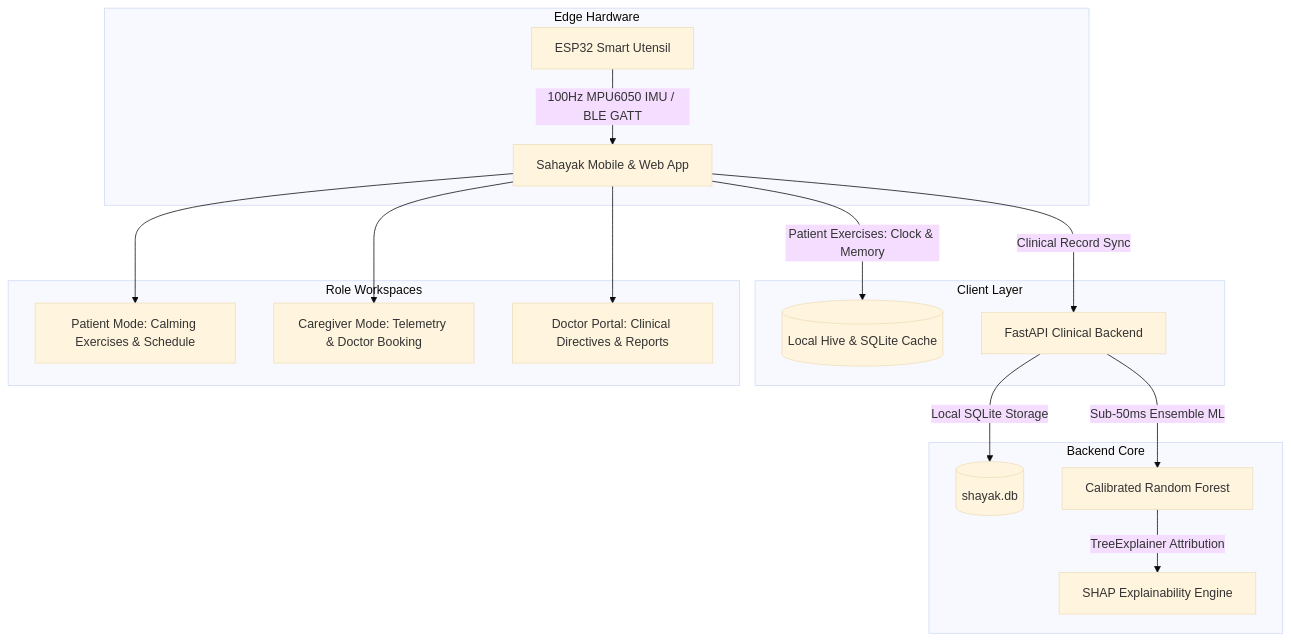
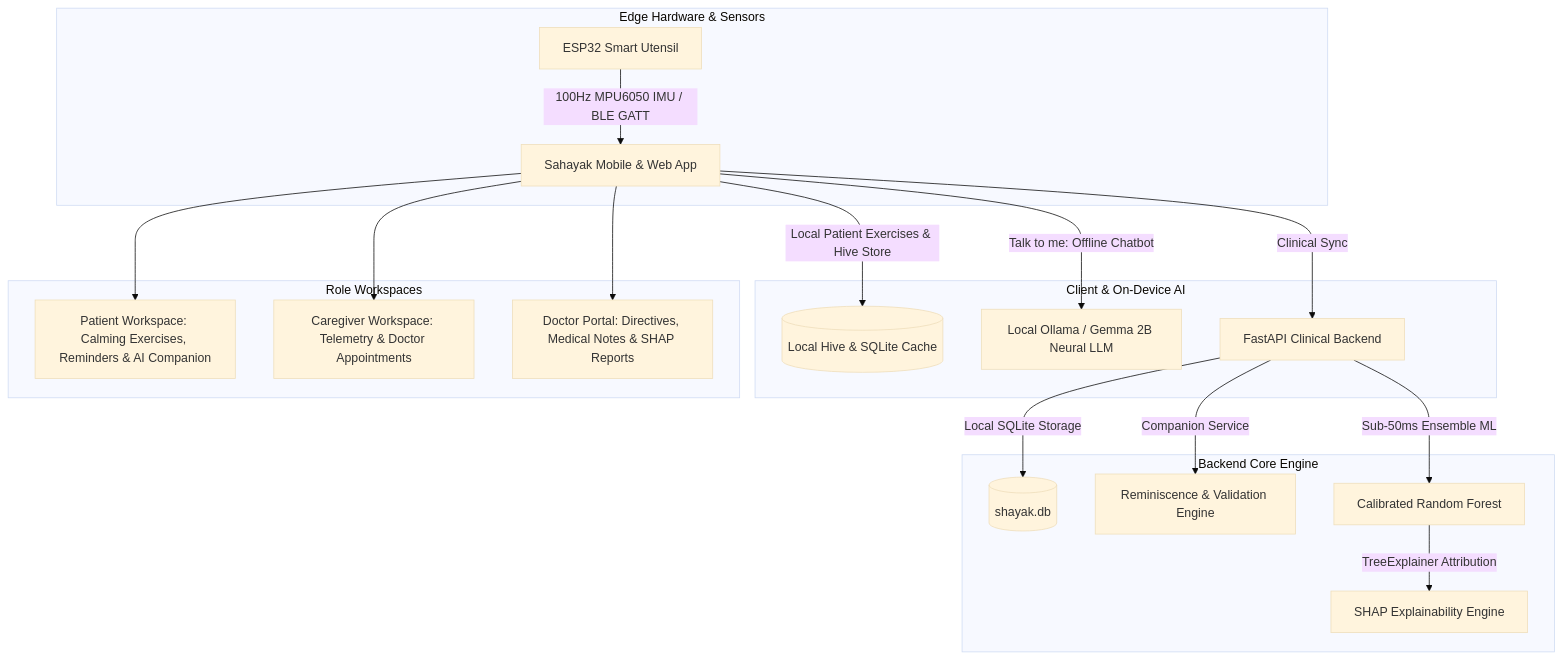
One commit to Shivansh1146/SIH-Final-Round changed the diagram in README.md. Above: the diagram before and after it, drawn with Mermaid (base theme). The commit also changed other lines of this file, not shown here.

Commit message:
docs: update README with Ollama Gemma LLM architecture, USB Android deployment, and setup guide

````diff
--- a/README.md
+++ b/README.md
@@ -27,23 +28,25 @@
 ```mermaid
 graph TD
-    subgraph Edge Hardware
+    subgraph Edge Hardware & Sensors
         HW[ESP32 Smart Utensil] -->|100Hz MPU6050 IMU / BLE GATT| APP[Sahayak Mobile & Web App]
     end
 
-    subgraph Client Layer
-        APP -->|Patient Exercises: Clock & Memory| DB[(Local Hive & SQLite Cache)]
-        APP -->|Clinical Record Sync| API[FastAPI Clinical Backend]
+    subgraph Client & On-Device AI
+        APP -->|Local Patient Exercises & Hive Store| DB[(Local Hive & SQLite Cache)]
+        APP -->|Talk to me: Offline Chatbot| OLLAMA[Local Ollama / Gemma 2B Neural LLM]
+        APP -->|Clinical Sync| API[FastAPI Clinical Backend]
     end
 
-    subgraph Backend Core
+    subgraph Backend Core Engine
         API -->|Local SQLite Storage| SQL[(shayak.db)]
+        API -->|Companion Service| CS[Reminiscence & Validation Engine]
         API -->|Sub-50ms Ensemble ML| ML[Calibrated Random Forest]
         ML -->|TreeExplainer Attribution| SHAP[SHAP Explainability Engine]
     end
 
     subgraph Role Workspaces
-        APP --> P[Patient Mode: Calming Exercises & Schedule]
-        APP --> C[Caregiver Mode: Telemetry & Doctor Booking]
-        APP --> D[Doctor Portal: Clinical Directives & Reports]
+        APP --> P[Patient Workspace: Calming Exercises, Reminders & AI Companion]
+        APP --> C[Caregiver Workspace: Telemetry & Doctor Appointments]
+        APP --> D[Doctor Portal: Directives, Medical Notes & SHAP Reports]
     end
 ```
````
